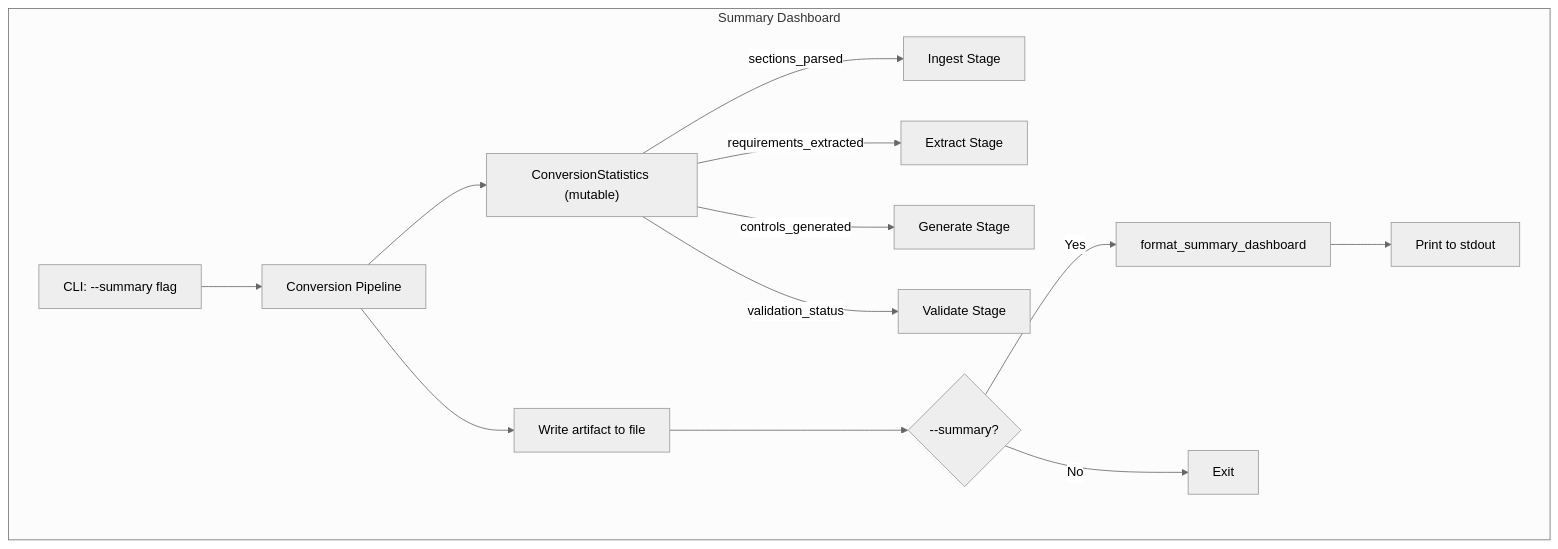
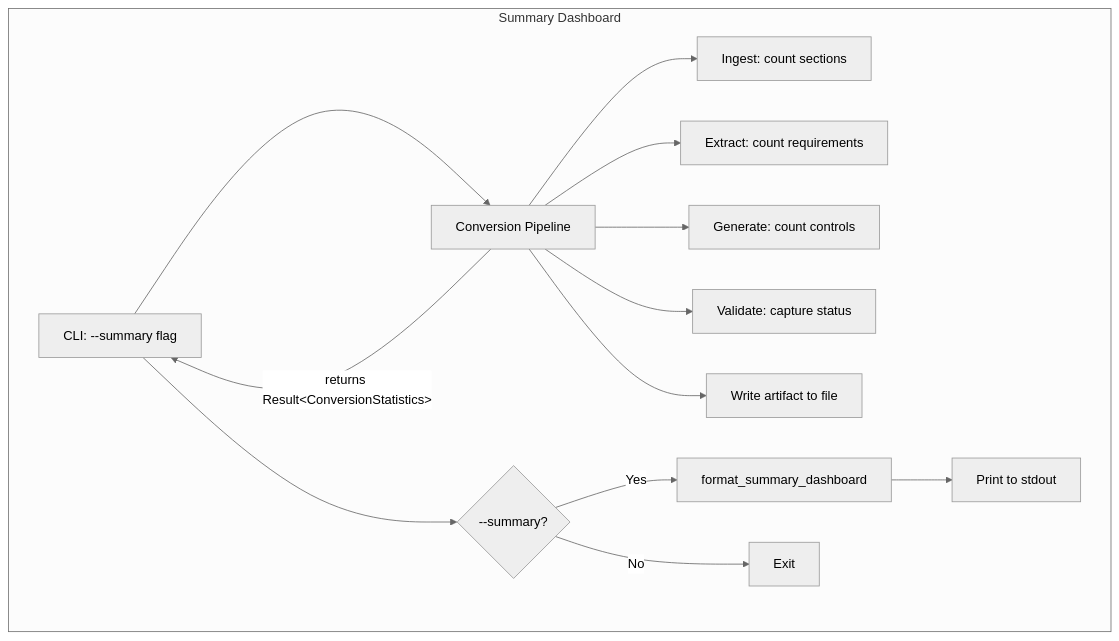
Before and after one commit to policy-forge/forge: the fifth of 6 diagrams in docs/AR/044-ar-summary-dashboard.md, drawn with Mermaid (neutral theme). The commit also changed other lines of this file and 21 other files, not shown here.

````diff
--- a/docs/AR/044-ar-summary-dashboard.md
+++ b/docs/AR/044-ar-summary-dashboard.md
@@ -263,16 +263,16 @@
 ```mermaid
 graph TD
     subgraph "Summary Dashboard"
         CLI[CLI: --summary flag] --> Pipeline[Conversion Pipeline]
-        Pipeline --> Stats["ConversionStatistics (mutable)"]
-        Stats --> |sections_parsed| IngestStage[Ingest Stage]
-        Stats --> |requirements_extracted| ExtractStage[Extract Stage]
-        Stats --> |controls_generated| GenerateStage[Generate Stage]
-        Stats --> |validation_status| ValidateStage[Validate Stage]
+        Pipeline --> |"returns Result&lt;ConversionStatistics&gt;"| CLI
+        Pipeline --> IngestStage[Ingest: count sections]
+        Pipeline --> ExtractStage[Extract: count requirements]
+        Pipeline --> GenerateStage[Generate: count controls]
+        Pipeline --> ValidateStage[Validate: capture status]
         Pipeline --> Export[Write artifact to file]
-        Export --> CheckFlag{--summary?}
+        CLI --> CheckFlag{--summary?}
         CheckFlag -->|Yes| FormatFn[format_summary_dashboard]
         FormatFn --> Stdout[Print to stdout]
         CheckFlag -->|No| Done[Exit]
     end
 ```
````
